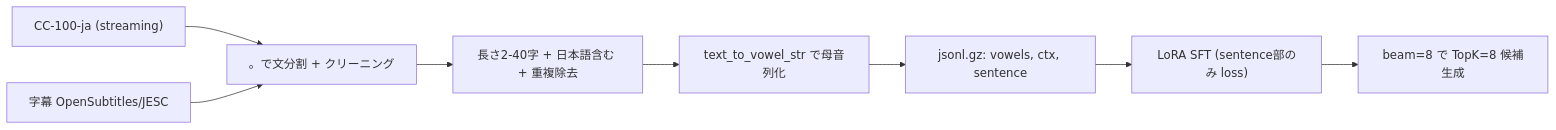
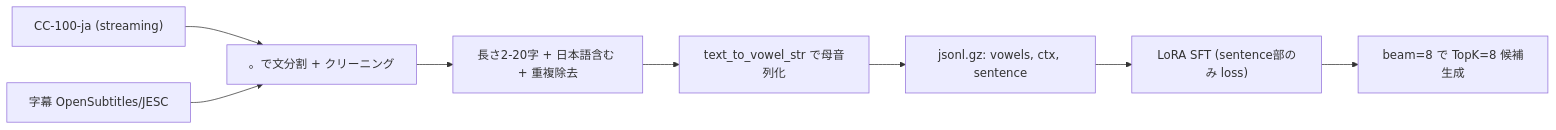
Before and after one commit to shunsuke-tanaka-creator/LLM_vowel_prediction02: the diagram in project06/README.md, drawn with Mermaid. The commit also changed other lines of this file and 104 other files, not shown here.

````diff
--- a/project06/README.md
+++ b/project06/README.md
@@ -28,10 +29,10 @@
 ```mermaid
 graph LR
   cc["CC-100-ja (streaming)"] --> split["。で文分割 + クリーニング"]
   subs["字幕 OpenSubtitles/JESC"] --> split
-  split --> filt["長さ2-40字 + 日本語含む + 重複除去"]
+  split --> filt["長さ2-20字 + 日本語含む + 重複除去"]
   filt --> vow["text_to_vowel_str で母音列化"]
   vow --> ds["jsonl.gz: vowels, ctx, sentence"]
   ds --> sft["LoRA SFT (sentence部のみ loss)"]
   sft --> infer["beam=8 で TopK=8 候補生成"]
 ```
````
